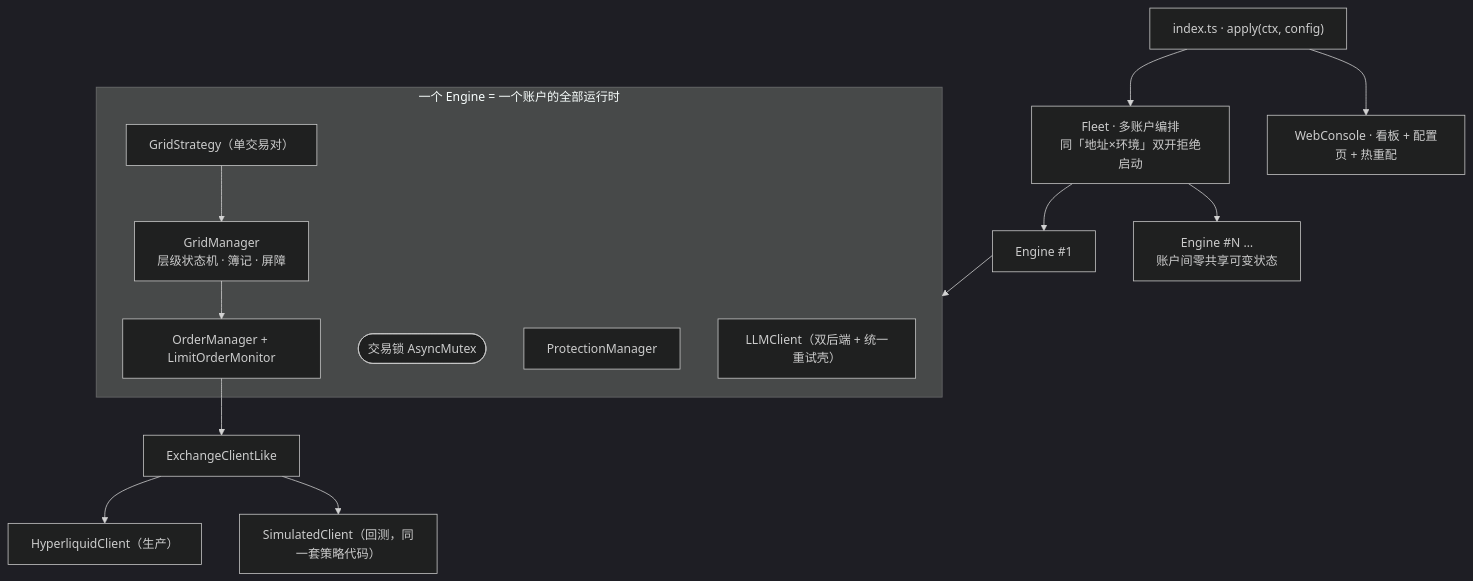
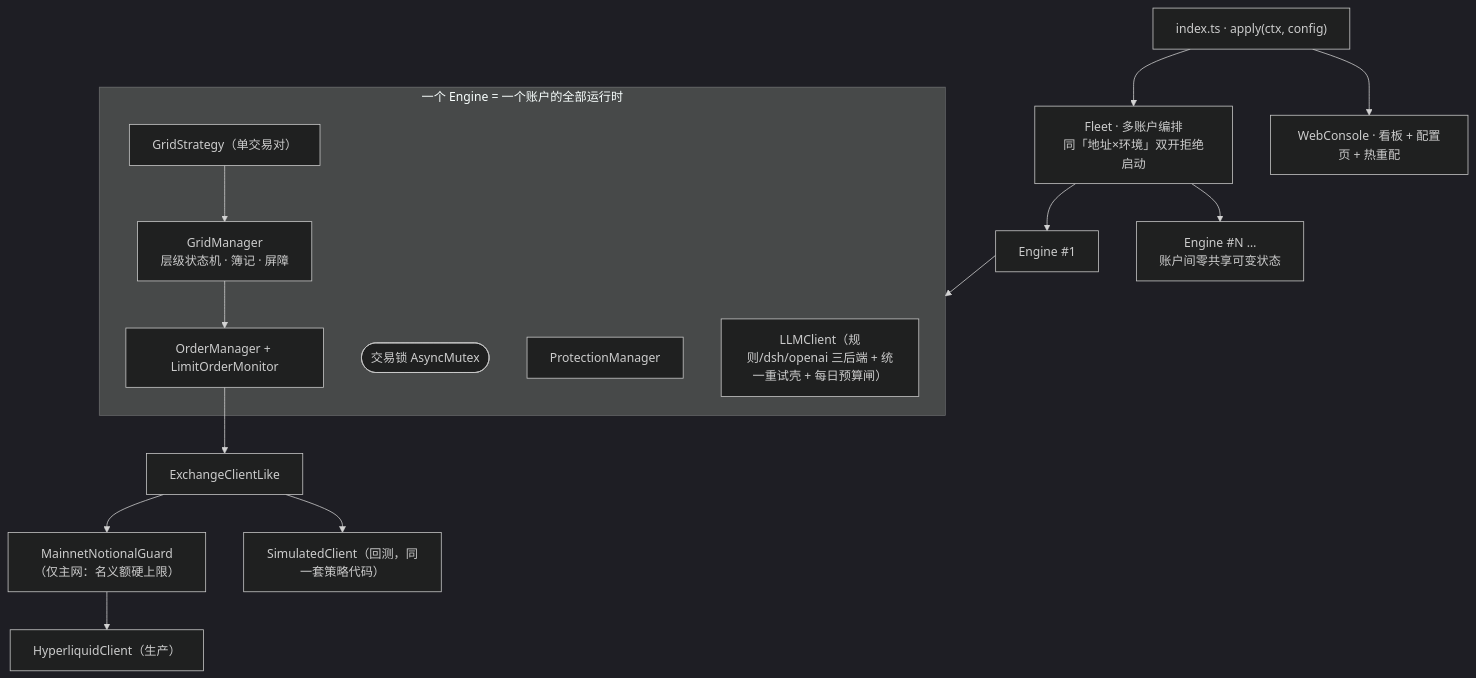
One commit to web3spreads/quant-flow changed the first of 4 diagrams in docs/architecture.md. Above: the diagram before and after it, drawn with Mermaid (dark theme). The commit also changed other lines of this file and 32 other files, not shown here.

````diff
--- a/docs/architecture.md
+++ b/docs/architecture.md
@@ -23,21 +23,22 @@
 ```mermaid
 flowchart TB
   apply["index.ts · apply(ctx, config)"] --> fleet["Fleet · 多账户编排<br/>同「地址×环境」双开拒绝启动"]
   apply --> web["WebConsole · 看板 + 配置页 + 热重配"]
   fleet --> e1["Engine #1"]
   fleet --> eN["Engine #N …<br/>账户间零共享可变状态"]
 
   subgraph engine["一个 Engine = 一个账户的全部运行时"]
     lock(["交易锁 AsyncMutex"])
     grid["GridStrategy（单交易对）"]
     gm["GridManager<br/>层级状态机 · 簿记 · 屏障"]
     om["OrderManager + LimitOrderMonitor"]
     prot["ProtectionManager"]
-    llm["LLMClient（双后端 + 统一重试壳）"]
+    llm["LLMClient（规则/dsh/openai 三后端 + 统一重试壳 + 每日预算闸）"]
   end
 
   e1 --> engine
   grid --> gm --> om --> client["ExchangeClientLike"]
-  client --> real["HyperliquidClient（生产）"]
+  client --> guard["MainnetNotionalGuard（仅主网：名义额硬上限）"]
+  guard --> real["HyperliquidClient（生产）"]
   client --> sim["SimulatedClient（回测，同一套策略代码）"]
 ```
````
